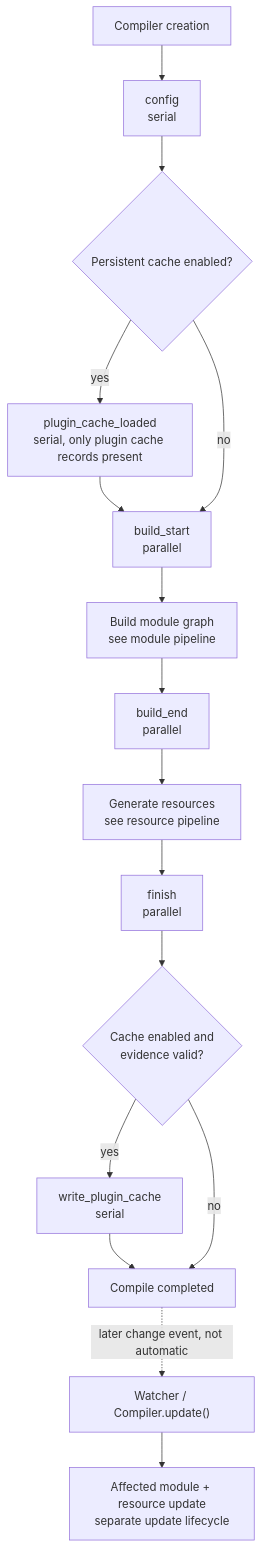
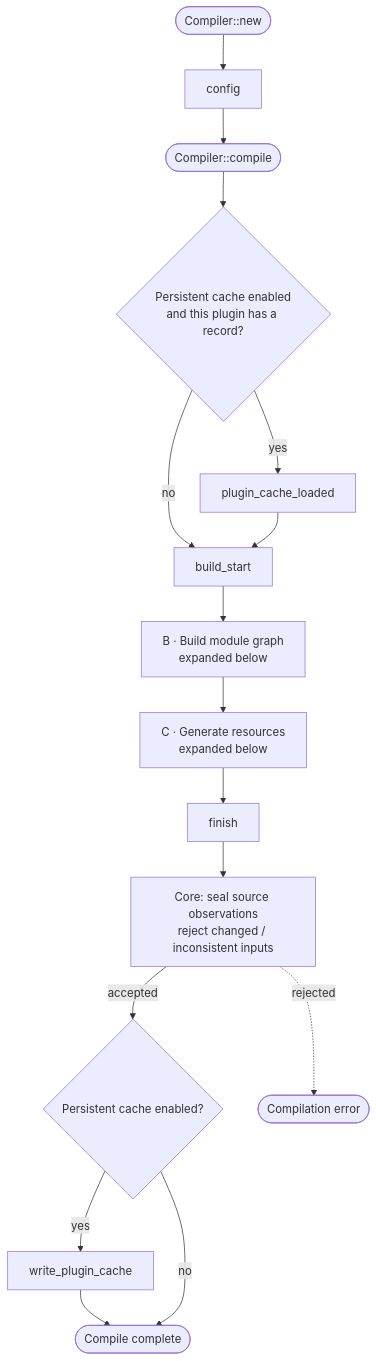
One commit to farm-fe/farm changed the diagram in website/static/diagrams/rust-plugin-lifecycle.mmd. Above: the diagram before and after it, drawn with Mermaid. The commit also changed 26 other files, not shown here.

Commit message:
feat(docs): adopt Farm brand code and diagram presentation

```diff
--- a/website/static/diagrams/rust-plugin-lifecycle.mmd
+++ b/website/static/diagrams/rust-plugin-lifecycle.mmd
@@ -1,19 +1,15 @@
-flowchart TD
-  accTitle: Farm Rust plugin lifecycle
-  accDescr: Initial compilation and watch updates are separate calls. Cache checks are conditional; hooks inside one module do not describe global scheduling.
-  config["config<br/>serial"]
-  plugin_cache_loaded["plugin_cache_loaded<br/>serial, only plugin cache records present"]
-  build_start["build_start<br/>parallel"]
-  build_end["build_end<br/>parallel"]
-  finish["finish<br/>parallel"]
-  write_plugin_cache["write_plugin_cache<br/>serial"]
-  Start["Compiler creation"] --> config --> LoadCache{"Persistent cache enabled?"}
-  LoadCache -->|yes| plugin_cache_loaded --> build_start
-  LoadCache -->|no| build_start
-  build_start --> Build["Build module graph<br/>see module pipeline"] --> build_end
-  build_end --> Generate["Generate resources<br/>see resource pipeline"] --> finish
-  finish --> Seal{"Cache enabled and<br/>evidence valid?"}
-  Seal -->|yes| write_plugin_cache --> Done["Compile completed"]
-  Seal -->|no| Done
-  Event["Watcher / Compiler.update()"] --> Update["Affected module + resource update<br/>separate update lifecycle"]
-  Done -. "later change event, not automatic" .-> Event
+flowchart TB
+  accTitle: A · Initial compiler lifecycle
+  accDescr: Successful initial compile flow. Plugin cache loading and writing are conditional. B is module graph construction and C is resource generation. Observation seal is a Core operation, not a plugin hook. Update is independent.
+  Begin([Compiler::new]) --> config[config]:::serial
+  config --> Compile([Compiler::compile]) --> Cache{Persistent cache enabled<br/>and this plugin has a record?}:::gate
+  Cache -->|yes| plugin_cache_loaded[plugin_cache_loaded]:::serial
+  Cache -->|no| build_start[build_start]:::parallel
+  plugin_cache_loaded --> build_start
+  build_start --> B["B · Build module graph<br/>expanded below"]:::core
+  B --> C["C · Generate resources<br/>expanded below"]:::core --> finish[finish]:::parallel
+  finish --> Seal["Core: seal source observations<br/>reject changed / inconsistent inputs"]:::core
+  Seal -->|accepted| Write{Persistent cache enabled?}:::gate
+  Seal -. rejected .-> Error([Compilation error]):::core
+  Write -->|yes| write_plugin_cache[write_plugin_cache]:::serial --> Done([Compile complete])
+  Write -->|no| Done
```
